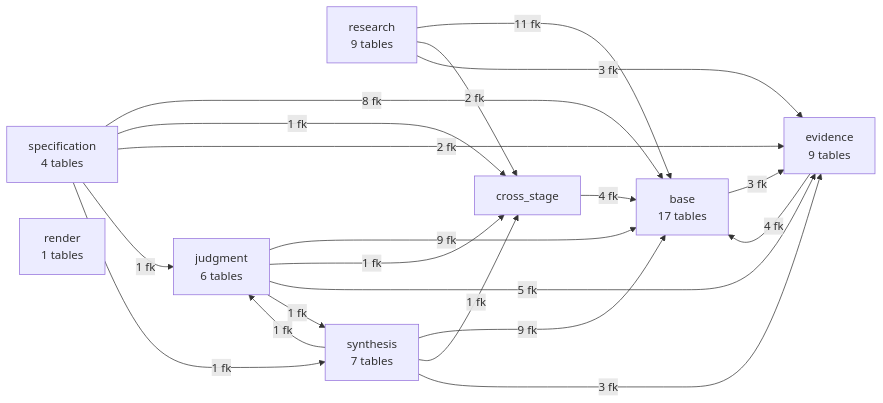
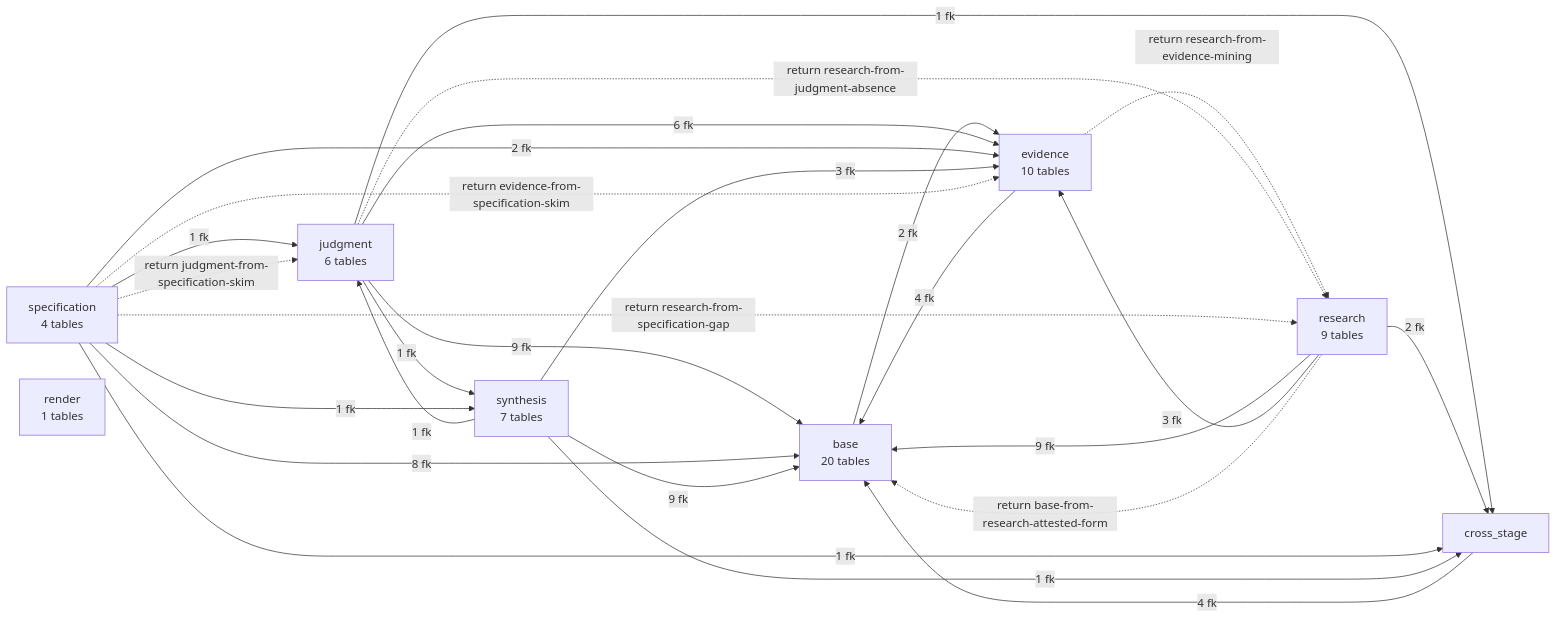
Before and after one commit to jordanelias/guidebook: the first of 10 diagrams in workplan/pipeline-state-graph/STATE-GRAPH.md, drawn with Mermaid. The commit also changed other lines of this file and 9 other files, not shown here.

````diff
--- a/workplan/pipeline-state-graph/STATE-GRAPH.md
+++ b/workplan/pipeline-state-graph/STATE-GRAPH.md
@@ -25,29 +25,35 @@
 ```mermaid
 flowchart LR
-  base["base\n17 tables"]
+  base["base\n20 tables"]
   research["research\n9 tables"]
-  evidence["evidence\n9 tables"]
+  evidence["evidence\n10 tables"]
   judgment["judgment\n6 tables"]
   synthesis["synthesis\n7 tables"]
   specification["specification\n4 tables"]
   render["render\n1 tables"]
-  base -->|3 fk| evidence
+  base -->|2 fk| evidence
   cross_stage -->|4 fk| base
   evidence -->|4 fk| base
   judgment -->|9 fk| base
   judgment -->|1 fk| cross_stage
-  judgment -->|5 fk| evidence
+  judgment -->|6 fk| evidence
   judgment -->|1 fk| synthesis
-  research -->|11 fk| base
+  research -->|9 fk| base
   research -->|2 fk| cross_stage
   research -->|3 fk| evidence
   specification -->|8 fk| base
   specification -->|1 fk| cross_stage
   specification -->|2 fk| evidence
   specification -->|1 fk| judgment
   specification -->|1 fk| synthesis
   synthesis -->|9 fk| base
   synthesis -->|1 fk| cross_stage
   synthesis -->|3 fk| evidence
   synthesis -->|1 fk| judgment
+  research -.->|return base-from-research-attested-form| base
+  evidence -.->|return research-from-evidence-mining| research
+  judgment -.->|return research-from-judgment-absence| research
+  specification -.->|return research-from-specification-gap| research
+  specification -.->|return evidence-from-specification-skim| evidence
+  specification -.->|return judgment-from-specification-skim| judgment
 ```
````
